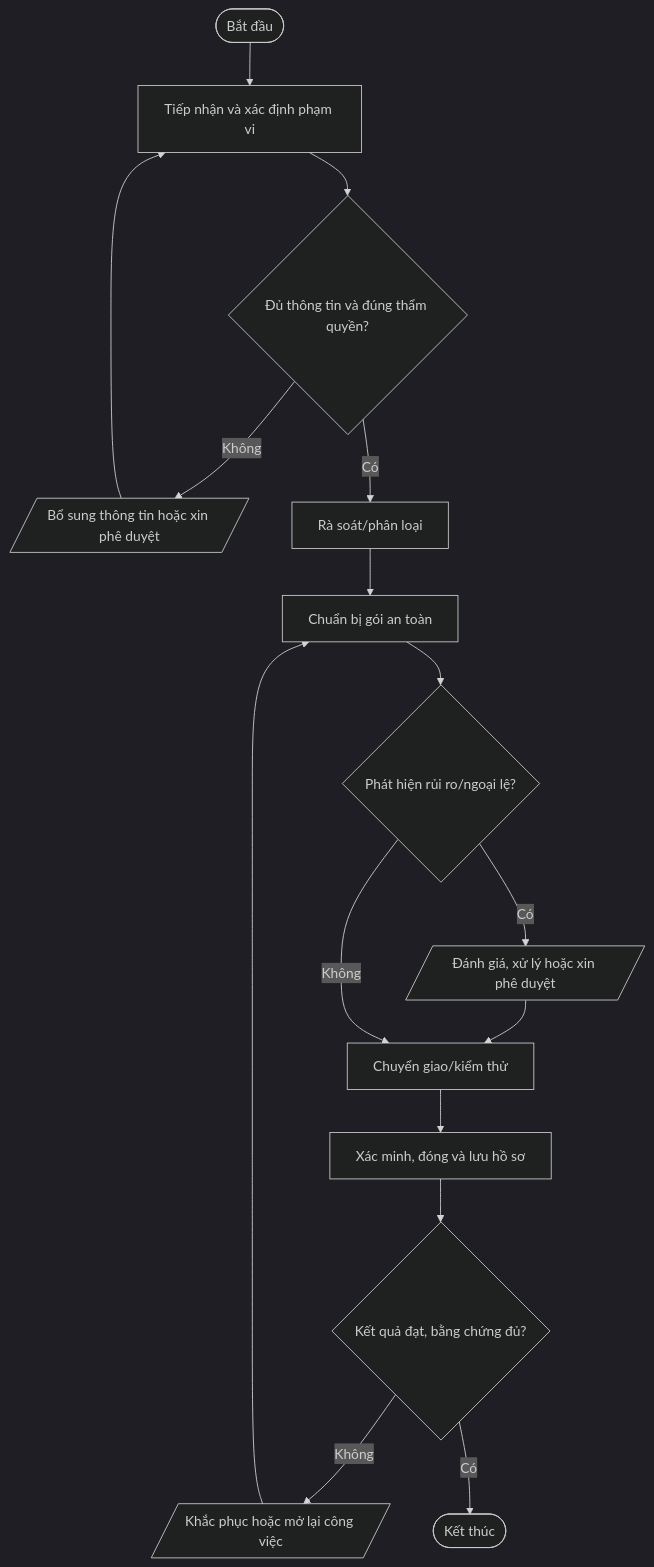
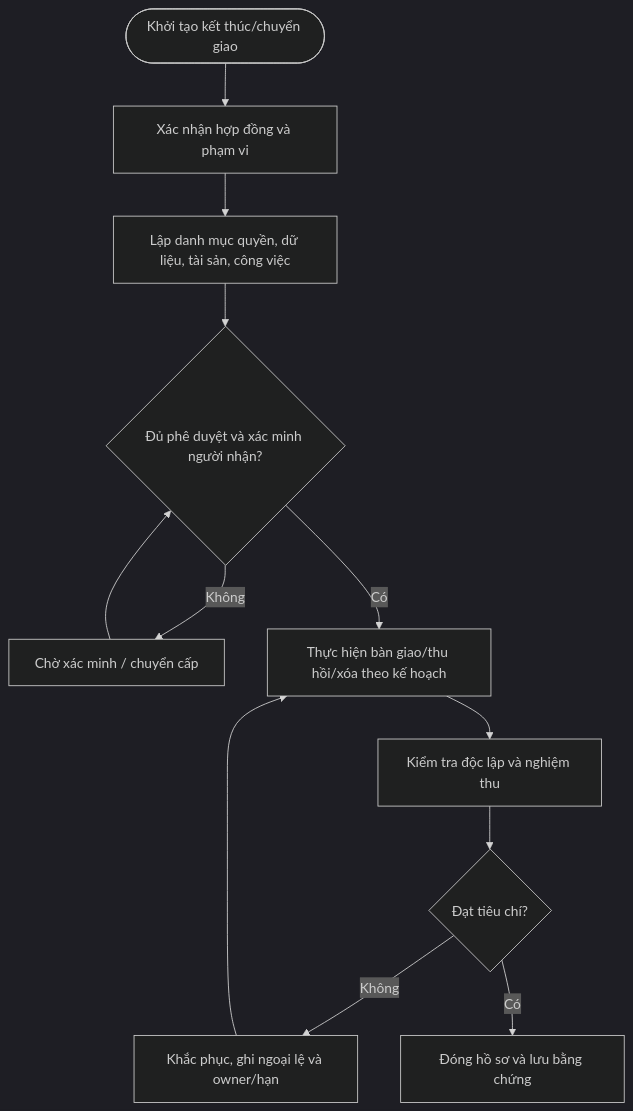
One commit to daoaigiangnam/Quy_Trinh_Chuan changed the diagram in quy-trinh/chi-tiet/QT-CS-02.md. Above: the diagram before and after it, drawn with Mermaid (dark theme). The commit also changed other lines of this file, not shown here.

````diff
--- a/quy-trinh/chi-tiet/QT-CS-02.md
+++ b/quy-trinh/chi-tiet/QT-CS-02.md
@@ -31,18 +134,14 @@
 ```mermaid
 flowchart TD
-  A([Bắt đầu]) --> S1["Tiếp nhận và xác định phạm vi"]
-  S1 --> D1{"Đủ thông tin và đúng thẩm quyền?"}
-  D1 -- Không --> F1[/"Bổ sung thông tin hoặc xin phê duyệt"/]
-  F1 --> S1
-  D1 -- Có --> S2["Rà soát/phân loại"]
-  S2 --> S3["Chuẩn bị gói an toàn"]
-  S3 --> D2{"Phát hiện rủi ro/ngoại lệ?"}
-  D2 -- Có --> RISK[/"Đánh giá, xử lý hoặc xin phê duyệt"/]
-  RISK --> S4["Chuyển giao/kiểm thử"]
-  D2 -- Không --> S4
-  S4 --> S5["Xác minh, đóng và lưu hồ sơ"]
-  S5 --> D3{"Kết quả đạt, bằng chứng đủ?"}
-  D3 -- Không --> R[/"Khắc phục hoặc mở lại công việc"/]
-  R --> S3
-  D3 -- Có --> Z([Kết thúc])
+ A([Khởi tạo kết thúc/chuyển giao]) --> B[Xác nhận hợp đồng và phạm vi]
+ B --> C[Lập danh mục quyền, dữ liệu, tài sản, công việc]
+ C --> D{Đủ phê duyệt và xác minh người nhận?}
+ D -- Không --> E[Chờ xác minh / chuyển cấp]
+ E --> D
+ D -- Có --> F[Thực hiện bàn giao/thu hồi/xóa theo kế hoạch]
+ F --> G[Kiểm tra độc lập và nghiệm thu]
+ G --> H{Đạt tiêu chí?}
+ H -- Không --> I[Khắc phục, ghi ngoại lệ và owner/hạn]
+ I --> F
+ H -- Có --> J[Đóng hồ sơ và lưu bằng chứng]
 ```
````
